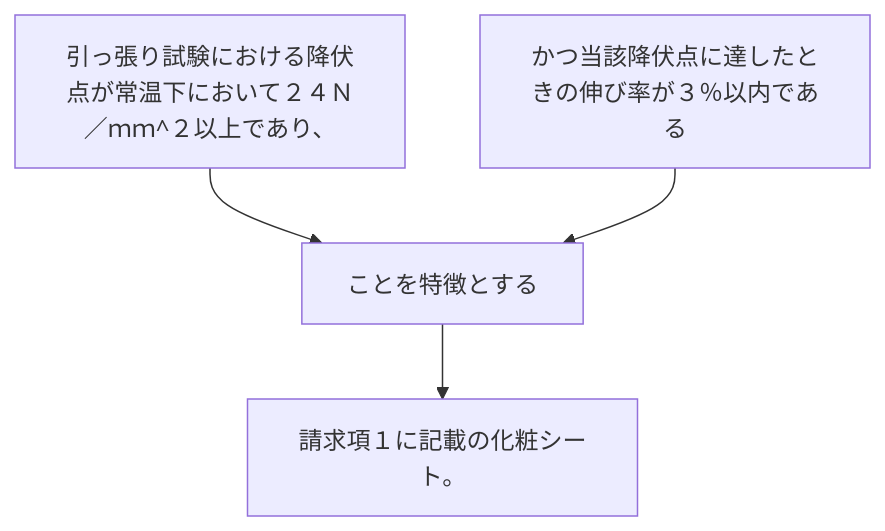
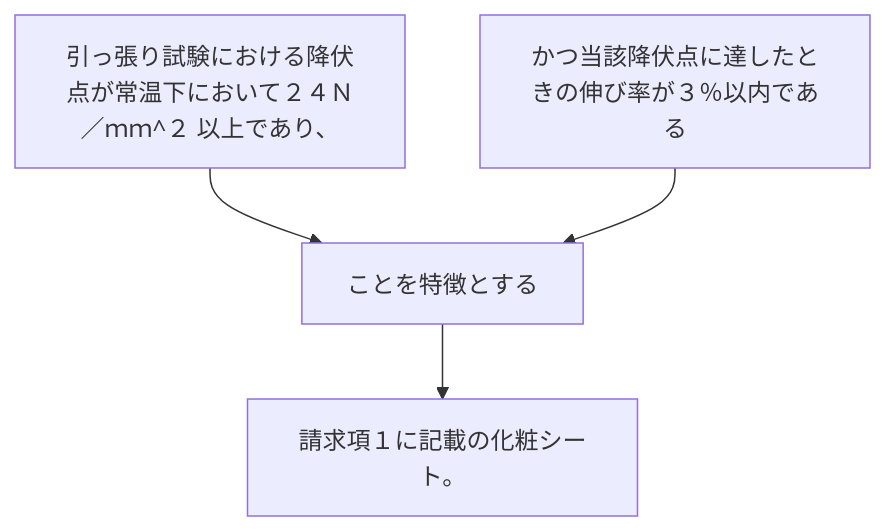
The diagram in 2024/JP2024006643A/claim_2/README.md (shinmori55/patent_analyzed), drawn with Mermaid before and after one commit. The commit also changed 31 other files, not shown here.

````diff
--- a/2024/JP2024006643A/claim_2/README.md
+++ b/2024/JP2024006643A/claim_2/README.md
@@ -4,10 +4,10 @@
 ```mermaid
 flowchart TD
-A[引っ張り試験における降伏点が常温下において２４Ｎ／ｍｍ^２以上であり、]
+A[引っ張り試験における降伏点が常温下において２４Ｎ／ｍｍ^２ 以上であり、]
 B[かつ当該降伏点に達したときの伸び率が３％以内である]
 C[ことを特徴とする]
 D[請求項１に記載の化粧シート。]
 A --> C
 B --> C
 C --> D
 ```
````
